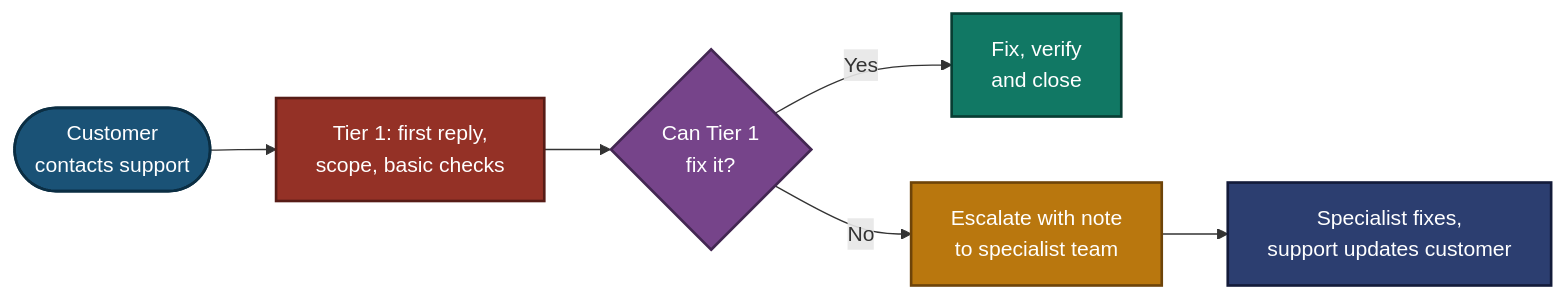
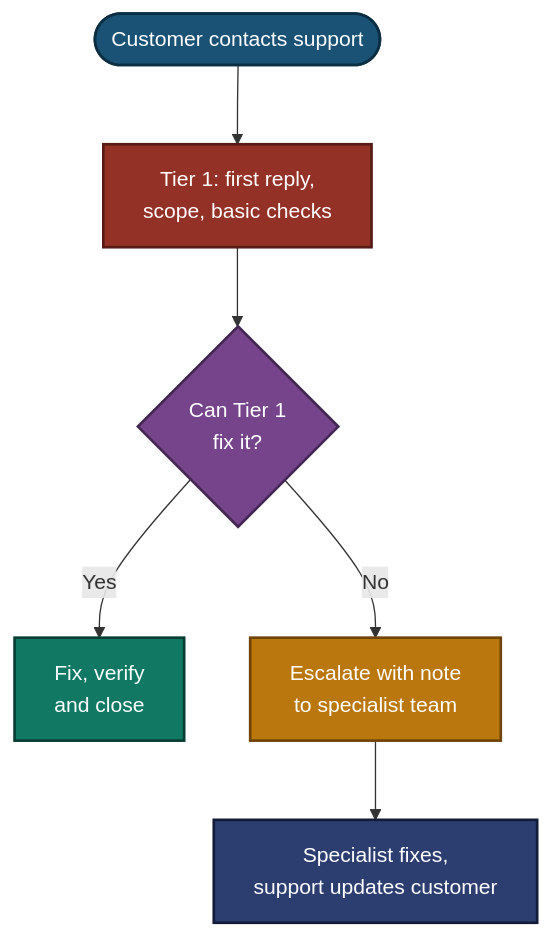
Before and after one commit to malaika-azhar/Customer-Tech-Support-Portfolio: the third of 3 diagrams in 05-Escalation-scripts/README.md, drawn with Mermaid. The commit also changed other lines of this file, not shown here.

````diff
--- a/05-Escalation-scripts/README.md
+++ b/05-Escalation-scripts/README.md
@@ -134,18 +143,21 @@
 ```mermaid
-flowchart LR
-    A(["Customer<br>contacts support"]) --> B["Tier 1: first reply,<br>scope, basic checks"] --> C{"Can Tier 1<br>fix it?"}
+%%{init: {"flowchart": {"nodeSpacing": 50, "rankSpacing": 60}}}%%
+flowchart TD
+    A(["Customer contacts support"]) --> B["Tier 1: first reply,<br>scope, basic checks"]
+    B --> C{"Can Tier 1<br>fix it?"}
     C -->|Yes| D["Fix, verify<br>and close"]
-    C -->|No| E["Escalate with note<br>to specialist team"] --> F["Specialist fixes,<br>support updates customer"]
+    C -->|No| E["Escalate with note<br>to specialist team"]
+    E --> F["Specialist fixes,<br>support updates customer"]
     classDef blue fill:#1A5276,stroke:#0B2E43,stroke-width:2px,color:#FFFFFF;
     classDef red fill:#943126,stroke:#571C16,stroke-width:2px,color:#FFFFFF;
     classDef purple fill:#76448A,stroke:#432752,stroke-width:2px,color:#FFFFFF;
     classDef orange fill:#B9770E,stroke:#6E4409,stroke-width:2px,color:#FFFFFF;
     classDef green fill:#117864,stroke:#083D33,stroke-width:2px,color:#FFFFFF;
     classDef navy fill:#2C3E70,stroke:#131B3A,stroke-width:2px,color:#FFFFFF;
     class A blue;
     class B red;
     class C purple;
     class D green;
     class E orange;
     class F navy;
 ```
````
